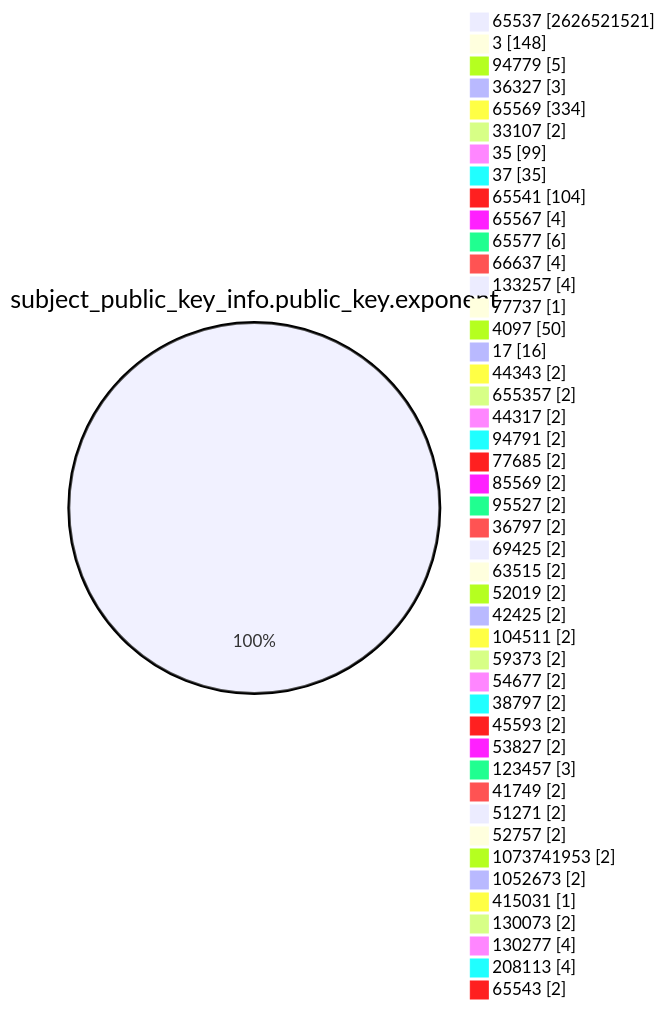
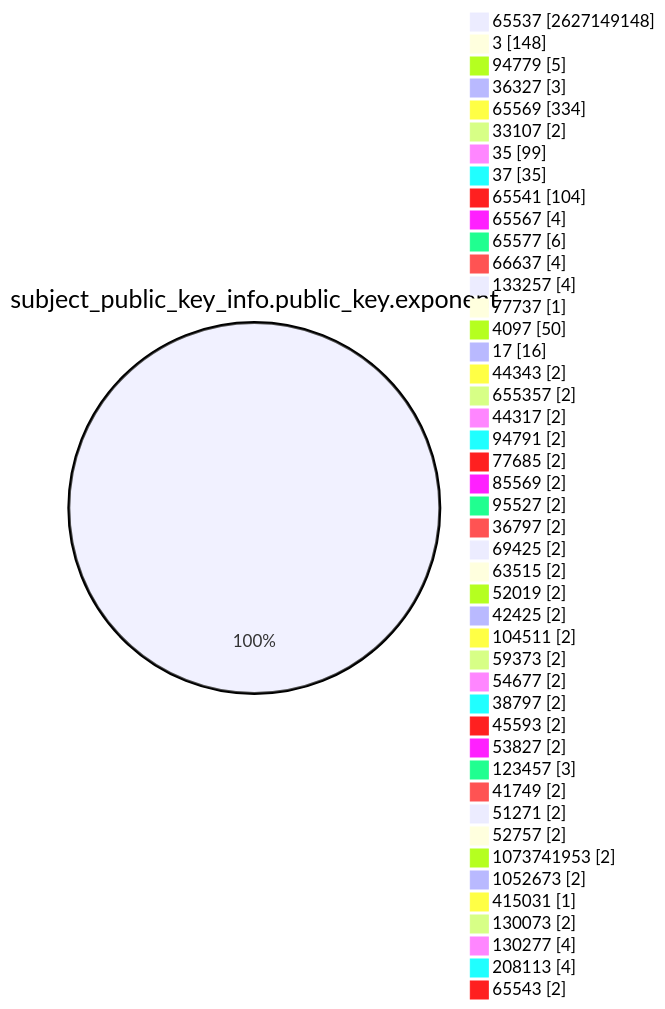
The fourth of 15 diagrams in TOTAL/README.md (christiankrug/ctmonitor_visualization), drawn with Mermaid before and after one commit. The commit also changed other lines of this file, not shown here.

````diff
--- a/TOTAL/README.md
+++ b/TOTAL/README.md
@@ -1466,49 +1466,49 @@
 ```mermaid
 pie showData
 title subject_public_key_info.public_key.exponent
-"65537" :2626521521
+"65537" :2627149148
 "3" :148
 "94779" :5
 "36327" :3
 "65569" :334
 "33107" :2
 "35" :99
 "37" :35
 "65541" :104
 "65567" :4
 "65577" :6
 "66637" :4
 "133257" :4
 "77737" :1
 "4097" :50
 "17" :16
 "44343" :2
 "655357" :2
 "44317" :2
 "94791" :2
 "77685" :2
 "85569" :2
 "95527" :2
 "36797" :2
 "69425" :2
 "63515" :2
 "52019" :2
 "42425" :2
 "104511" :2
 "59373" :2
 "54677" :2
 "38797" :2
 "45593" :2
 "53827" :2
 "123457" :3
 "41749" :2
 "51271" :2
 "52757" :2
 "1073741953" :2
 "1052673" :2
 "415031" :1
 "130073" :2
 "130277" :4
 "208113" :4
 "65543" :2
 ```
````
